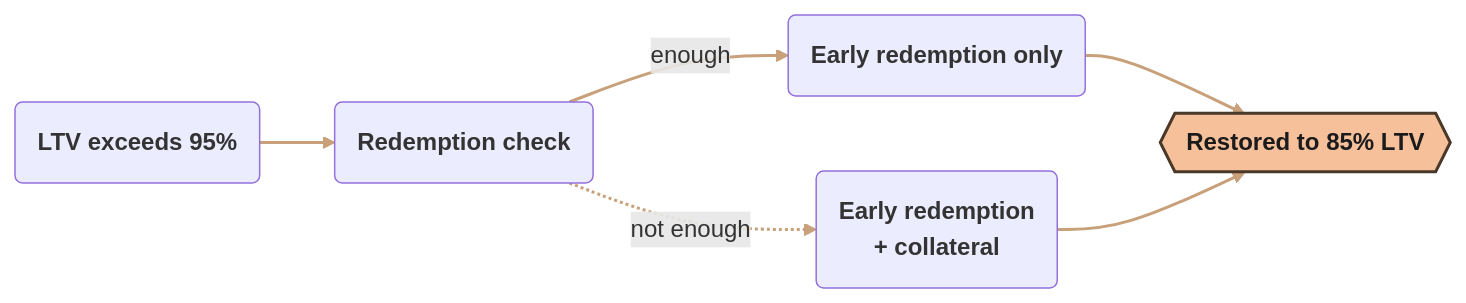
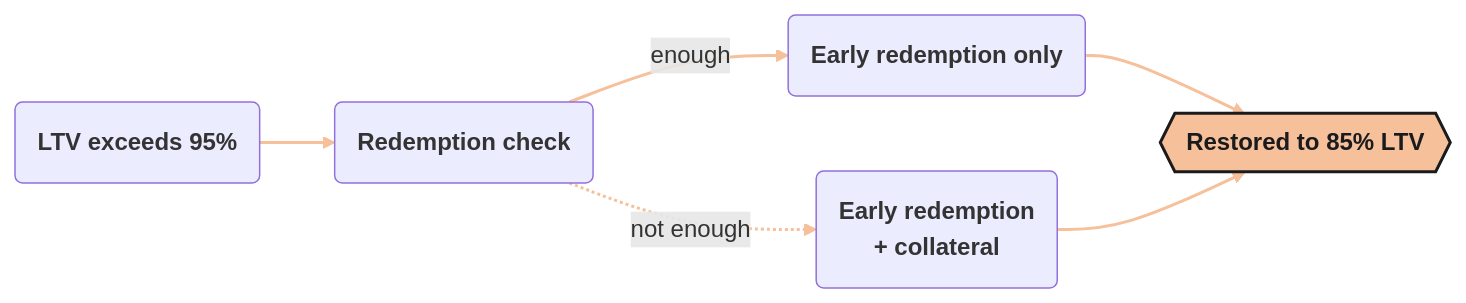
One commit to alchemix-finance/alchemix-v3-docs changed the diagram in docs/user/concepts/liquidations.md. Above: the diagram before and after it, drawn with Mermaid. The commit also changed other lines of this file and 18 other files, not shown here.

````diff
--- a/docs/user/concepts/liquidations.md
+++ b/docs/user/concepts/liquidations.md
@@ -39,27 +40,27 @@
 ```mermaid
 %%{init: {
   ‘theme’: ‘base’,
   ‘themeVariables’: {
     ‘fontFamily’: ‘Montserrat’,
     ‘primaryColor’: ‘#141618’,
-    ‘primaryBorderColor’: ‘#4a3828’,
-    ‘primaryTextColor’: ‘#e8ddd4’,
-    ‘lineColor’: ‘#c8a07a’,
+    ‘primaryBorderColor’: ‘rgba(245,192,154,0.25)’,
+    ‘primaryTextColor’: ‘#e8e8ea’,
+    ‘lineColor’: ‘#f5c09a’,
     ‘edgeLabelBackground’: ‘transparent’,
     ‘tertiaryColor’: ‘#141618’,
     ‘fontSize’: ‘18px’
   },
   ‘flowchart’: { ‘curve’: ‘monotoneX’, ‘nodeSpacing’: 60, ‘rankSpacing’: 90 }
 }}%%
 flowchart LR
     classDef default font-weight:bold;
 
     A(LTV exceeds 95%) --> B(Redemption check)
     B -->|enough| C(Early redemption only)
     B -.->|not enough| D(Early redemption<br/>+ collateral)
     C --> E{{Restored to 85% LTV}}
     D --> E
 
-    style E fill:#f5c09a,stroke:#4a3828,stroke-width:2px,color:#1b1b1d
-    linkStyle 0,1,2,3,4 stroke:#c8a07a,stroke-width:2px
+    style E fill:#f5c09a,stroke:#1b1b1d,stroke-width:2px,color:#1b1b1d
+    linkStyle 0,1,2,3,4 stroke:#f5c09a,stroke-width:2px
 ```
````
